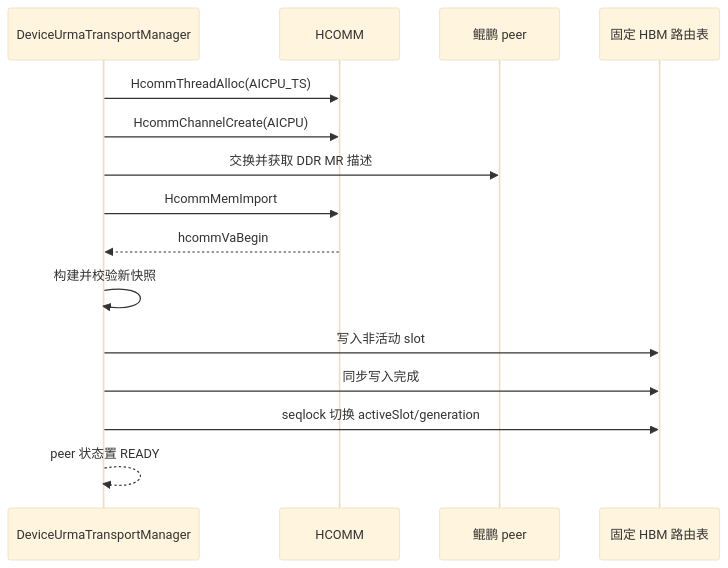
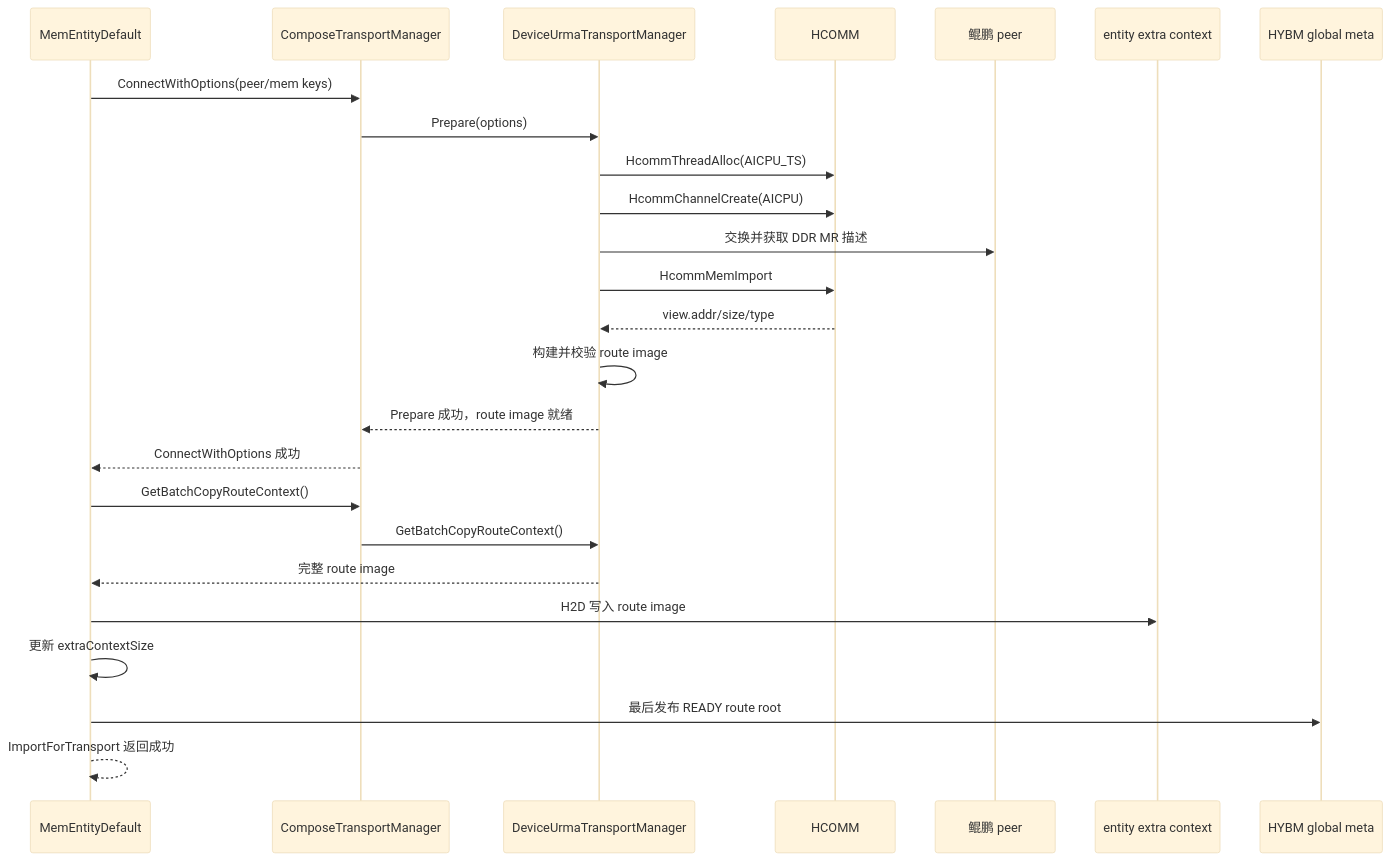
One commit to NoCoder0/memfabric_hybrid changed the second of 3 diagrams in doc/batch_copy_aicpu_urma_design.md. Above: the diagram before and after it, drawn with Mermaid (base theme). The commit also changed other lines of this file, not shown here.

Commit message:
docs: refine AICPU batch copy routing design

````diff
--- a/doc/batch_copy_aicpu_urma_design.md
+++ b/doc/batch_copy_aicpu_urma_design.md
@@ -275,18 +323,28 @@
 ```mermaid
 sequenceDiagram
+    participant E as MemEntityDefault
+    participant C as ComposeTransportManager
     participant M as DeviceUrmaTransportManager
     participant H as HCOMM
     participant R as 鲲鹏 peer
-    participant T as 固定 HBM 路由表
+    participant X as entity extra context
+    participant G as HYBM global meta
 
+    E->>C: ConnectWithOptions(peer/mem keys)
+    C->>M: Prepare(options)
     M->>H: HcommThreadAlloc(AICPU_TS)
     M->>H: HcommChannelCreate(AICPU)
     M->>R: 交换并获取 DDR MR 描述
     M->>H: HcommMemImport
-    H-->>M: hcommVaBegin
-    M->>M: 构建并校验新快照
-    M->>T: 写入非活动 slot
-    M->>T: 同步写入完成
-    M->>T: seqlock 切换 activeSlot/generation
-    M-->>M: peer 状态置 READY
+    H-->>M: view.addr/size/type
+    M->>M: 构建并校验 route image
+    M-->>C: Prepare 成功，route image 就绪
+    C-->>E: ConnectWithOptions 成功
+    E->>C: GetBatchCopyRouteContext()
+    C->>M: GetBatchCopyRouteContext()
+    M-->>E: 完整 route image
+    E->>X: H2D 写入 route image
+    E->>E: 更新 extraContextSize
+    E->>G: 最后发布 READY route root
+    E-->>E: ImportForTransport 返回成功
 ```
````
